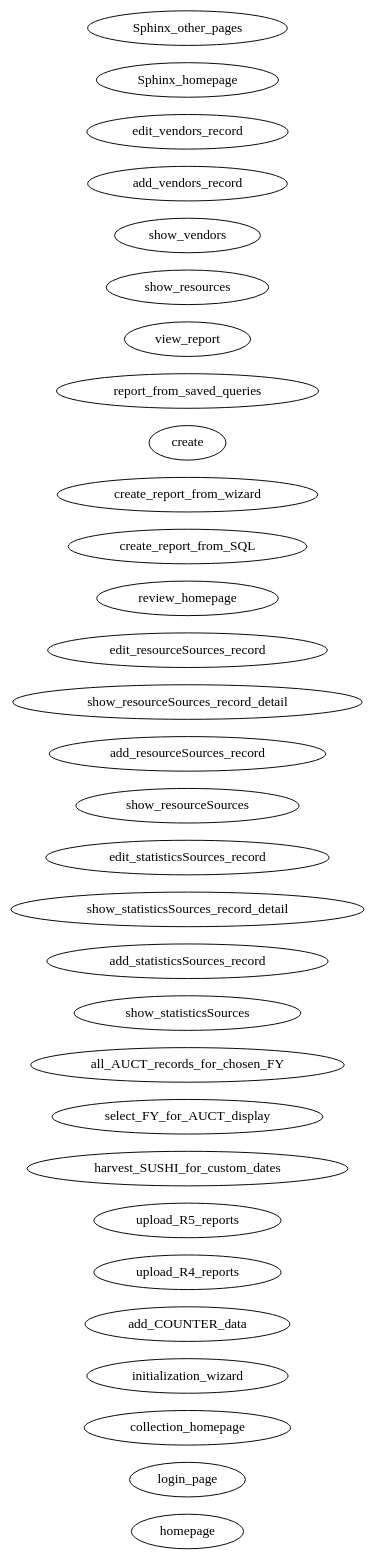
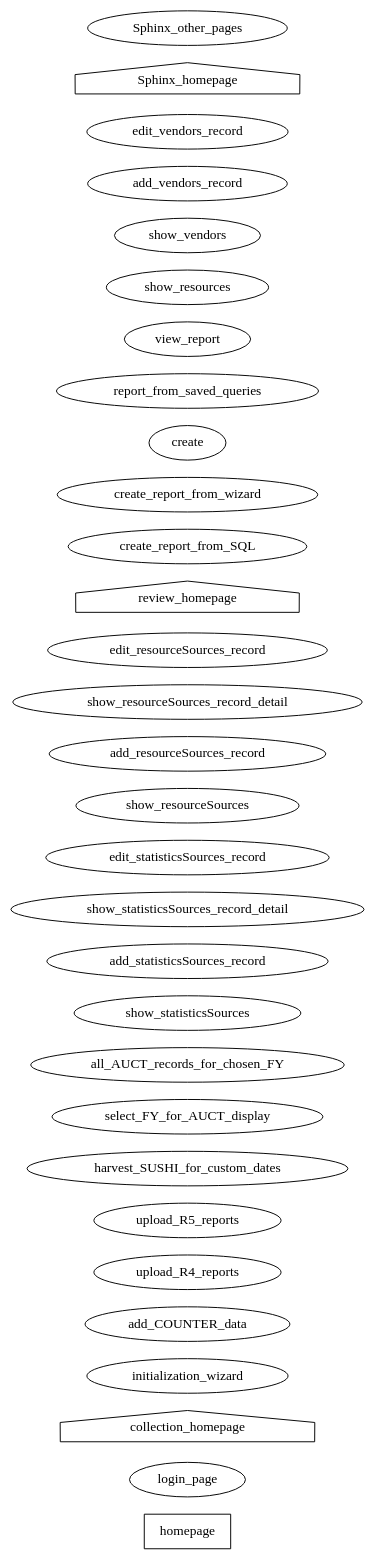
One commit to ereiskind/nolcat changed the diagram in docs/source/sitemap.dot. Above: the diagram before and after it, drawn with Graphviz.

Commit message:
Change shapes of homepage nodes

```diff
--- a/docs/source/sitemap.dot
+++ b/docs/source/sitemap.dot
@@ -1,99 +1,99 @@
 digraph nolcat_sitemap {
     /* *** NoLCAT SITEMAP *** */
     rankdir=LR
 
 
     /* *** Homepage and Authentication *** */
     // The web app homepage and pages for authentication
-    homepage
+    homepage [shape="box"]
         //homepage -> login_page
         //homepage -> collection_homepage
         //homepage -> review_homepage
         //homepage -> Sphinx_homepage
     
 
     login_page
     // And any other pages needed for authentication
 
 
     /* *** Collecting Usage Statistics *** */
     // Pages for collecting usage statistics
-    collection_homepage
+    collection_homepage [shape="house"]
         //collection_homepage -> add_COUNTER_data
         //collection_homepage -> select_FY_for_AUCT_display
         //collection_homepage -> show_statisticsSources
         //collection_homepage -> show_resourceSources
     initialization_wizard
     add_COUNTER_data
         //add_COUNTER_data -> upload_R4_reports
         //add_COUNTER_data -> upload_R5_reports
         //add_COUNTER_data -> harvest_SUSHI_for_custom_dates
 
     // Pages for ingesting COUNTER data
     upload_R4_reports
     upload_R5_reports
     harvest_SUSHI_for_custom_dates
 
     // Pages for organizing usage statistics collection
     select_FY_for_AUCT_display
         //select_FY_for_AUCT_display -> all_AUCT_records_for_chosen_FY
     all_AUCT_records_for_chosen_FY
     
     show_statisticsSources
         //show_statisticsSources -> add_statisticsSources_record
         //show_statisticsSources -> show_statisticsSources_record_detail
     add_statisticsSources_record
     show_statisticsSources_record_detail
         //show_statisticsSources_record_detail -> edit_statisticsSources_record
     edit_statisticsSources_record // Includes adding or editing notes
 
     show_resourceSources
         //show_resourceSources -> add_resourceSources_record
         //show_resourceSources -> show_resourceSources_record_detail
     add_resourceSources_record
     show_resourceSources_record_detail
         //show_resourceSources_record_detail -> edit_resourceSources_record
     edit_resourceSources_record // Includes adding or editing notes
 
 
     /* *** Reviewing Usage Statistics *** */
     // Pages for reviewing usage data
-    review_homepage
+    review_homepage [shape="house"]
         //review_homepage -> create_report_from_SQL
         //review_homepage -> create_report_from_wizard
         //review_homepage -> create report_from_saved_queries
         //review_homepage -> show_resourceSources /* DUPLICATED BOX */
         //review_homepage -> show_resources
         //review_homepage -> show_vendors
     
     create_report_from_SQL // Runs a custom SQL statement against the database
     create_report_from_wizard // GUI options are used to write SQL behind the scenes
     create report_from_saved_queries // SQL statements that are either complete or only ask for one input for commonly asked questions
 
         //create_report_from_SQL -> view_report
         //create_report_from_wizard -> view_report
         //create_report_from_saved_queries -> view_report
     view_report
 
     show_resources // Meaning the items in the resources table
     
         //show_resourceSources -> add_resourceSources_record
     add_resourceSources_record
         //show_resourceSources_record_detail -> edit_resourceSources_record
     edit_resourceSources_record // Includes adding or editing notes
     /* A way to handle adding `statisticsSources` to these `resourcesSources` must be developed */
 
     show_vendors
         //show_vendors -> add_vendors_record
     add_vendors_record
         //show_vendors_record_detail -> edit_vendors_record
     edit_vendors_record // Includes adding or editing notes
 
 
     /* *** Program Documentation *** */
     // The Sphinx documentation for the web app
-    Sphinx_homepage
+    Sphinx_homepage [shape="house"]
         //Sphinx_homepage -> Sphinx_other_pages
 
     Sphinx_other_pages // Use Sphinx itself for site organization
 }
```
